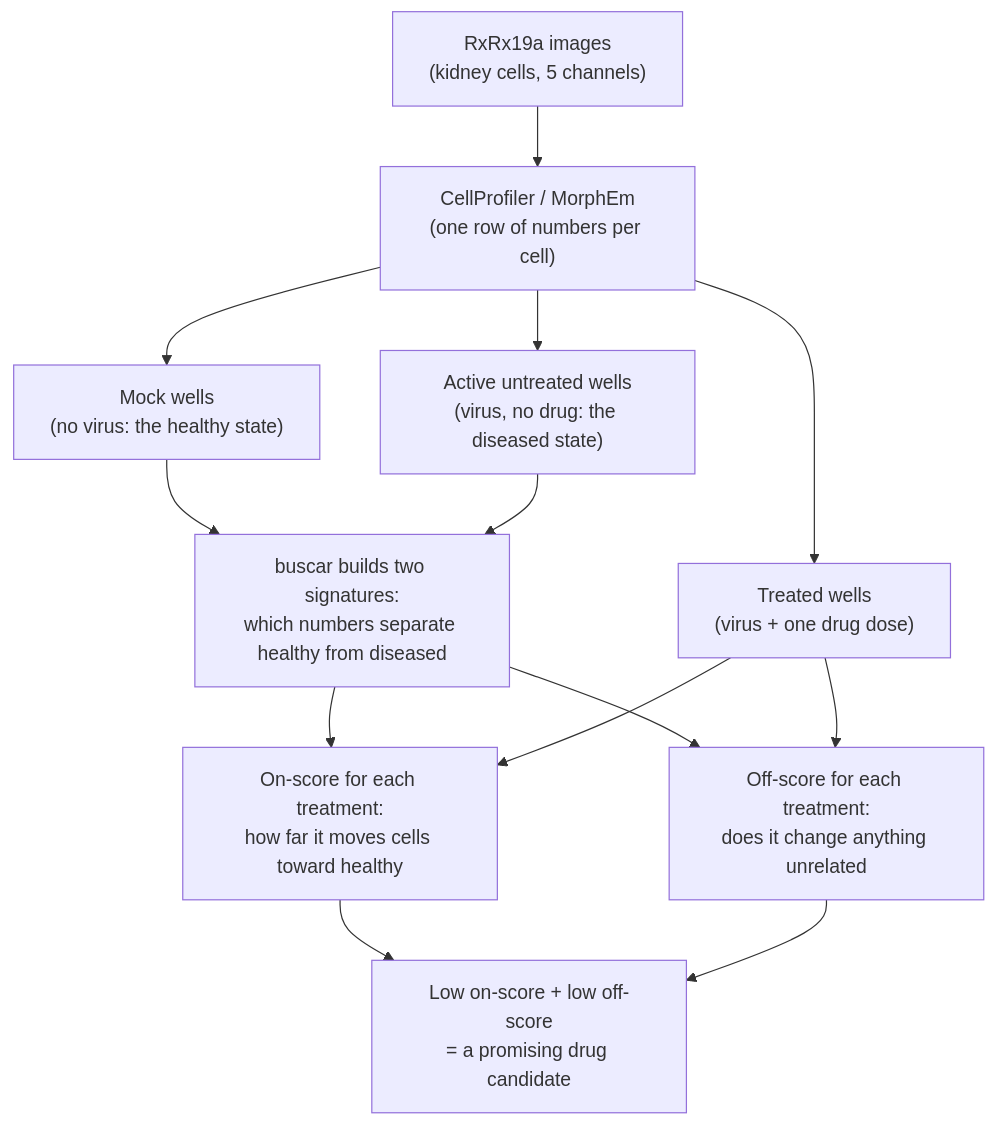
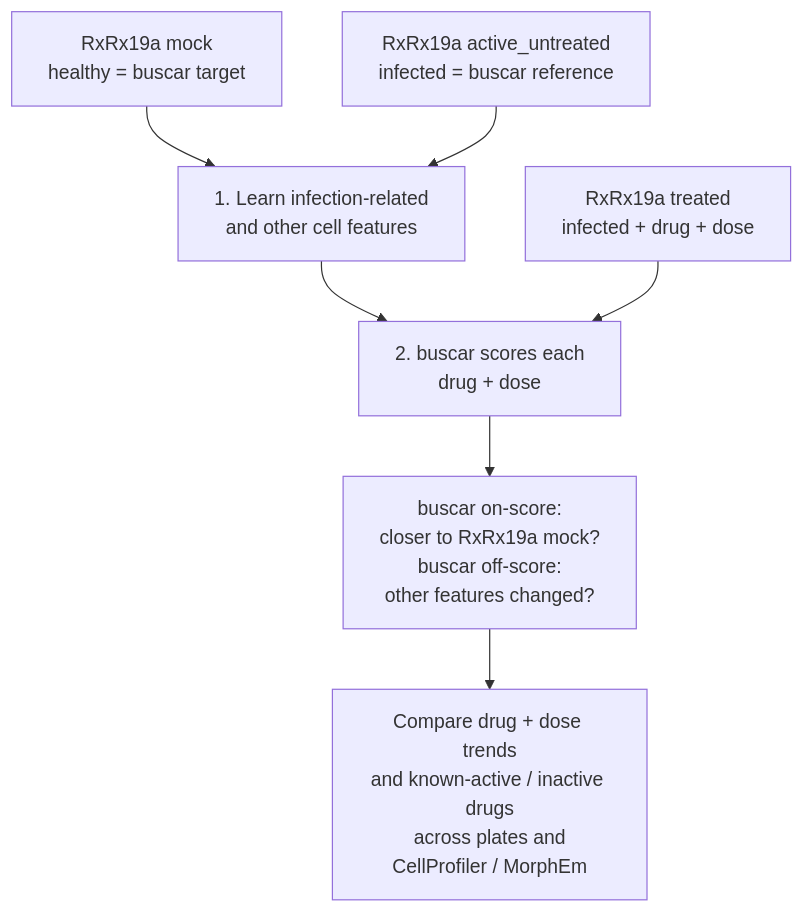
The second of 2 diagrams in README.md (WayScience/RxRx19a-reanalysis), drawn with Mermaid before and after one commit. The commit also changed other lines of this file, not shown here.

Commit message:
simplify buscar docs in readme

````diff
--- a/README.md
+++ b/README.md
@@ -141,19 +140,11 @@
 ```mermaid
 flowchart TD
-    A["RxRx19a images<br/>(kidney cells, 5 channels)"] --> B["CellProfiler / MorphEm<br/>(one row of numbers per cell)"]
-    B --> C1["Mock wells<br/>(no virus: the healthy state)"]
-    B --> C2["Active untreated wells<br/>(virus, no drug: the diseased state)"]
-    B --> C3["Treated wells<br/>(virus + one drug dose)"]
-
-    C1 --> D["buscar builds two signatures:<br/>which numbers separate healthy from diseased"]
-    C2 --> D
-
-    D --> E1["On-score for each treatment:<br/>how far it moves cells toward healthy"]
-    D --> E2["Off-score for each treatment:<br/>does it change anything unrelated"]
-
-    C3 --> E1
-    C3 --> E2
-
-    E1 --> F["Low on-score + low off-score<br/>= a promising drug candidate"]
-    E2 --> F
+    H["RxRx19a mock<br/>healthy = buscar target"]
+    I["RxRx19a active_untreated<br/>infected = buscar reference"]
+    H --> S["1. Learn infection-related<br/>and other cell features"]
+    I --> S
+    S --> B["2. buscar scores each<br/>drug + dose"]
+    T["RxRx19a treated<br/>infected + drug + dose"] --> B
+    B --> R["buscar on-score:<br/>closer to RxRx19a mock?<br/>buscar off-score:<br/>other features changed?"]
+    R --> C["Compare drug + dose trends<br/>and known-active / inactive drugs<br/>across plates and<br/>CellProfiler / MorphEm"]
 ```
````
